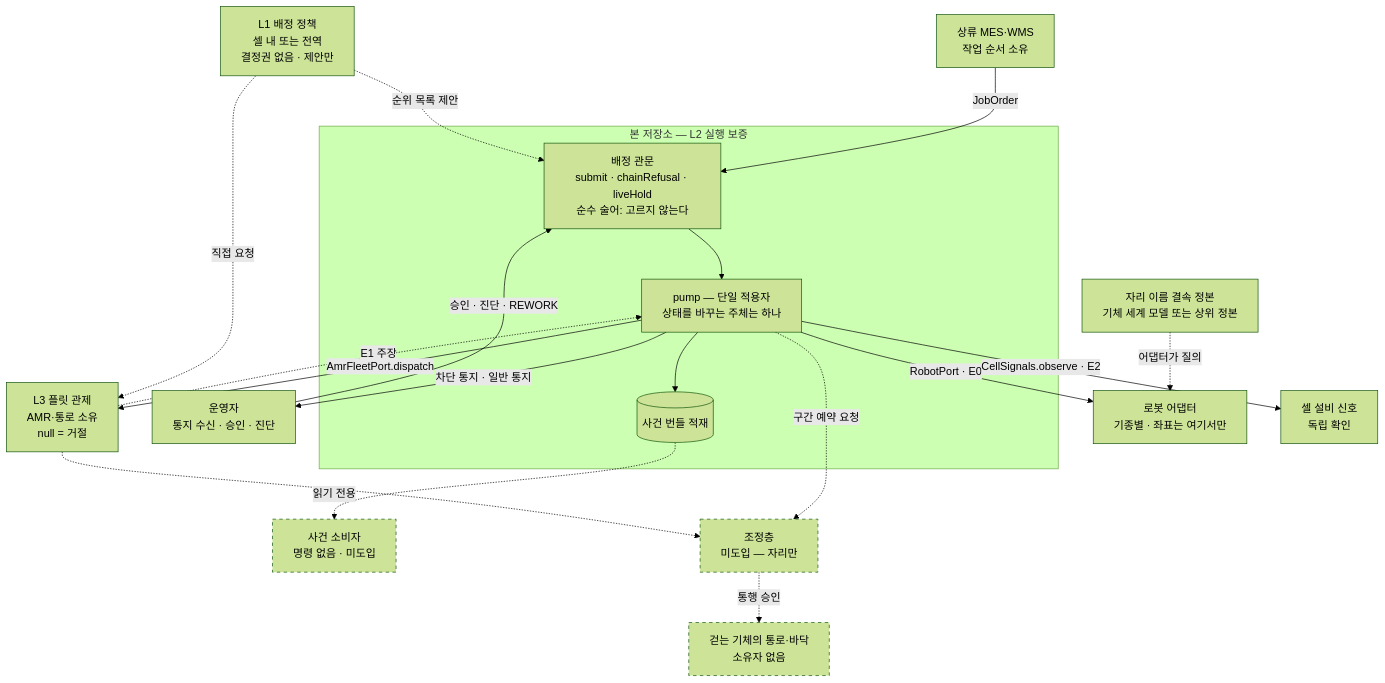
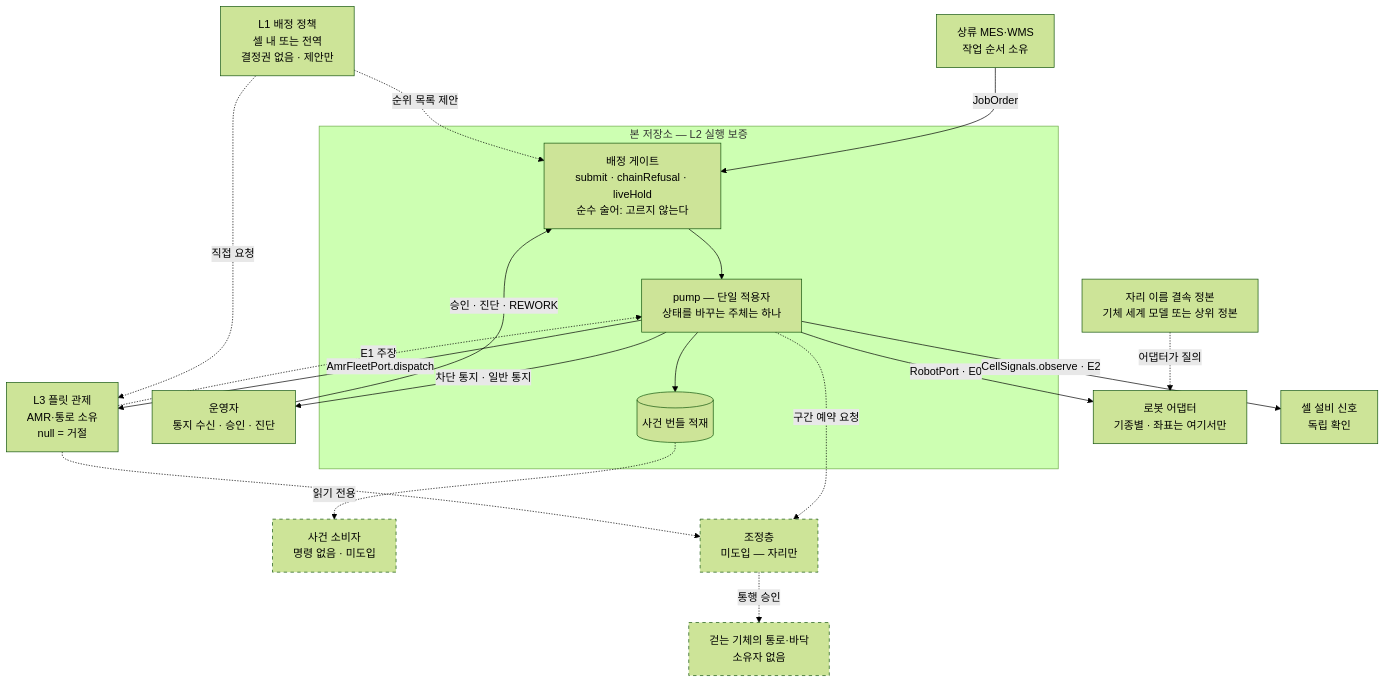
One commit to LivingLikeKrillin/picasso changed the diagram in docs/orchestration.md. Above: the diagram before and after it, drawn with Mermaid (forest theme). The commit also changed other lines of this file and 28 other files, not shown here.

````diff
--- a/docs/orchestration.md
+++ b/docs/orchestration.md
@@ -60,39 +60,39 @@
 ```mermaid
 flowchart TB
   MES["상류 MES·WMS<br/>작업 순서 소유"]
   DISP["L1 배정 정책<br/>셀 내 또는 전역<br/>결정권 없음 · 제안만"]
   OP["운영자<br/>통지 수신 · 승인 · 진단"]
 
   subgraph PIC["본 저장소 — L2 실행 보증"]
-    GATE["배정 관문<br/>submit · chainRefusal · liveHold<br/>순수 술어: 고르지 않는다"]
+    GATE["배정 게이트<br/>submit · chainRefusal · liveHold<br/>순수 술어: 고르지 않는다"]
     TICK["pump — 단일 적용자<br/>상태를 바꾸는 주체는 하나"]
     OUT[("사건 번들 적재")]
     GATE --> TICK --> OUT
   end
 
   MES -->|JobOrder| GATE
   DISP -.->|순위 목록 제안| GATE
   DISP -.->|직접 요청| FLEET
 
   TICK -->|RobotPort · E0| ROB["로봇 어댑터<br/>기종별 · 좌표는 여기서만"]
   TICK -->|CellSignals.observe · E2| CELL["셀 설비 신호<br/>독립 확인"]
   TICK -->|AmrFleetPort.dispatch| FLEET["L3 플릿 관제<br/>AMR·통로 소유<br/>null = 거절"]
   FLEET -.->|E1 주장| TICK
 
   TICK -->|차단 통지 · 일반 통지| OP
   OP -->|승인 · 진단 · REWORK| GATE
   OUT -.->|읽기 전용| CONS["사건 소비자<br/>명령 없음 · 미도입"]
 
   FLOOR["걷는 기체의 통로·바닥<br/>소유자 없음"]
   COORD["조정층<br/>미도입 — 자리만"]
   TICK -.->|구간 예약 요청| COORD
   FLEET -.-> COORD
   COORD -.->|통행 승인| FLOOR
 
   BIND["자리 이름 결속 정본<br/>기체 세계 모델 또는 상위 정본"]
   BIND -.->|어댑터가 질의| ROB
 
   style FLOOR stroke-dasharray: 5 5
   style COORD stroke-dasharray: 5 5
   style CONS stroke-dasharray: 5 5
 ```
````
